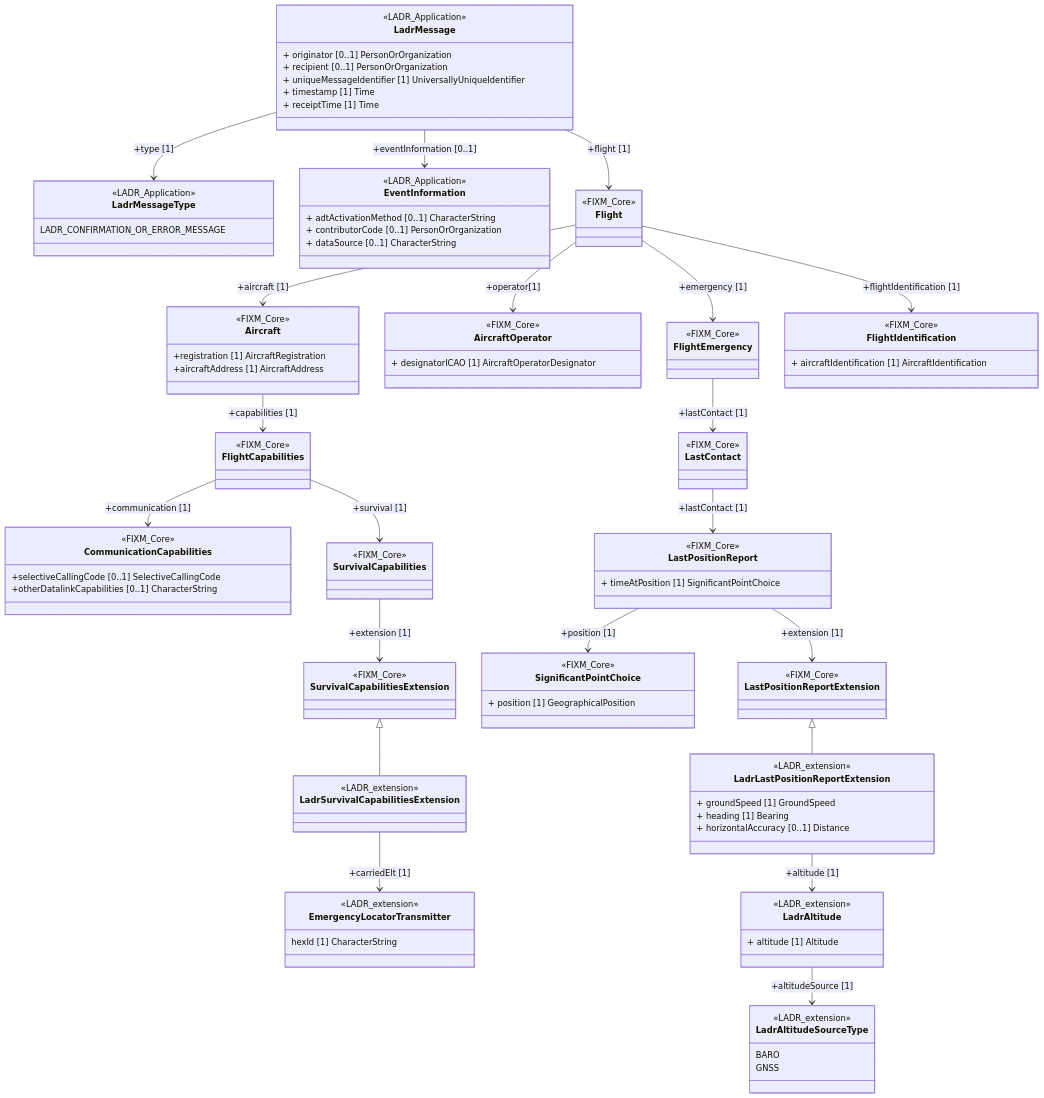
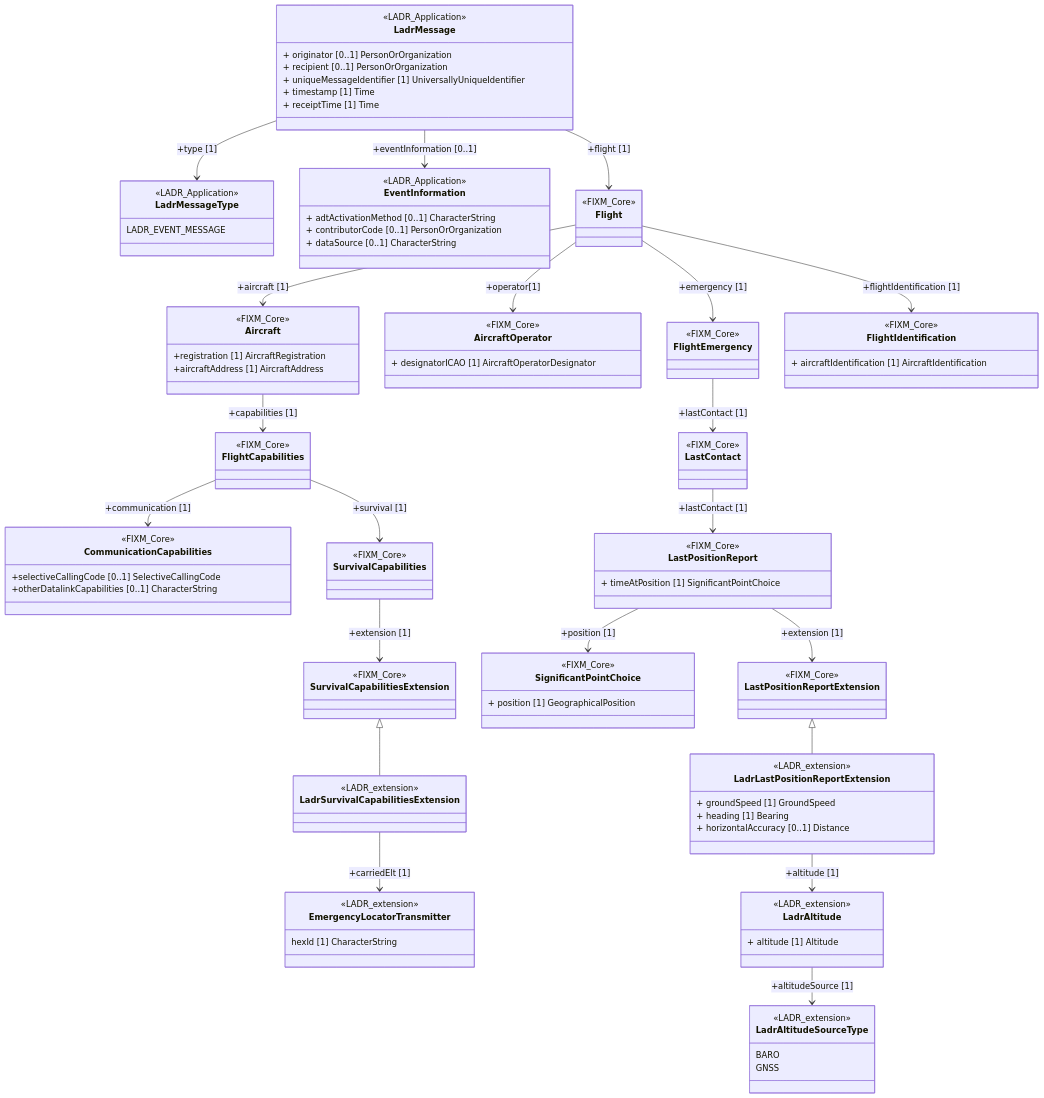
Before and after one commit to hlepori/test_ladr: the diagram in docs/ladr/LADREventMessage.md, drawn with Mermaid. The commit also changed other lines of this file, not shown here.

````diff
--- a/docs/ladr/LADREventMessage.md
+++ b/docs/ladr/LADREventMessage.md
@@ -10,6 +11,6 @@
 ```mermaid
 classDiagram
-
+%% -------------------
 class LadrMessage
 <<LADR_Application>> LadrMessage
 LadrMessage : + originator [0..1] PersonOrOrganization
@@ -17,103 +18,104 @@
 LadrMessage : + uniqueMessageIdentifier [1] UniversallyUniqueIdentifier
 LadrMessage : + timestamp [1] Time
 LadrMessage : + receiptTime [1] Time
-
+%% -------------------
 class LadrMessageType
 <<LADR_Application>> LadrMessageType
-LadrMessageType : LADR_CONFIRMATION_OR_ERROR_MESSAGE
+LadrMessageType : LADR_EVENT_MESSAGE
 LadrMessage --> LadrMessageType : +type [1]
-
+%% -------------------
 class EventInformation
 <<LADR_Application>> EventInformation
 EventInformation : + adtActivationMethod [0..1] CharacterString
 EventInformation : + contributorCode [0..1] PersonOrOrganization
 EventInformation : + dataSource [0..1] CharacterString
 LadrMessage --> EventInformation : +eventInformation [0..1]
-
+%% -------------------
 class Flight
 <<FIXM_Core>> Flight
 LadrMessage --> Flight : +flight [1]
-
+%% -------------------
 class Aircraft
 <<FIXM_Core>> Aircraft
 Aircraft : +registration [1] AircraftRegistration
 Aircraft : +aircraftAddress [1] AircraftAddress
 Flight --> Aircraft : +aircraft [1]
-
+%% -------------------
 class FlightCapabilities
 <<FIXM_Core>> FlightCapabilities
 Aircraft --> FlightCapabilities : +capabilities [1]
-
+%% -------------------
 class CommunicationCapabilities
 <<FIXM_Core>> CommunicationCapabilities
 CommunicationCapabilities : +selectiveCallingCode [0..1] SelectiveCallingCode
 CommunicationCapabilities : +otherDatalinkCapabilities [0..1] CharacterString
 FlightCapabilities --> CommunicationCapabilities : +communication [1]
-
+%% -------------------
 class SurvivalCapabilities
 <<FIXM_Core>> SurvivalCapabilities
 FlightCapabilities --> SurvivalCapabilities : +survival [1]
-
+%% -------------------
 class SurvivalCapabilitiesExtension
 <<FIXM_Core>> SurvivalCapabilitiesExtension
 SurvivalCapabilities --> SurvivalCapabilitiesExtension : +extension [1]
-
+%% -------------------
 class LadrSurvivalCapabilitiesExtension
 <<LADR_extension>> LadrSurvivalCapabilitiesExtension
 SurvivalCapabilitiesExtension <| -- LadrSurvivalCapabilitiesExtension
-
+%% -------------------
 class EmergencyLocatorTransmitter
 <<LADR_extension>> EmergencyLocatorTransmitter
 EmergencyLocatorTransmitter : hexId [1] CharacterString
 LadrSurvivalCapabilitiesExtension --> EmergencyLocatorTransmitter : +carriedElt [1]
-
+%% -------------------
 class AircraftOperator
 <<FIXM_Core>> AircraftOperator
 AircraftOperator : + designatorICAO [1] AircraftOperatorDesignator
 Flight --> AircraftOperator : +operator[1]
-
+%% -------------------
 class FlightEmergency
 <<FIXM_Core>> FlightEmergency
 Flight --> FlightEmergency : +emergency [1]
-
+%% -------------------
 class LastContact
 <<FIXM_Core>> LastContact
 FlightEmergency --> LastContact : +lastContact [1]
-
+%% -------------------
 class LastPositionReport
 <<FIXM_Core>> LastPositionReport
 LastPositionReport : + timeAtPosition [1] SignificantPointChoice
 LastContact --> LastPositionReport : +lastContact [1]
-
+%% -------------------
 class SignificantPointChoice
 <<FIXM_Core>> SignificantPointChoice
 SignificantPointChoice : + position [1] GeographicalPosition
 LastPositionReport --> SignificantPointChoice : +position [1]
-
+%% -------------------
 class LastPositionReportExtension
 <<FIXM_Core>> LastPositionReportExtension
 LastPositionReport --> LastPositionReportExtension : +extension [1]
-
+%% -------------------
 class LadrLastPositionReportExtension
 <<LADR_extension>> LadrLastPositionReportExtension
 LadrLastPositionReportExtension : + groundSpeed [1] GroundSpeed
 LadrLastPositionReportExtension : + heading [1] Bearing
 LadrLastPositionReportExtension : + horizontalAccuracy [0..1] Distance
 LastPositionReportExtension <|-- LadrLastPositionReportExtension
-
+%% -------------------
 class LadrAltitude
 <<LADR_extension>> LadrAltitude
 LadrAltitude : + altitude [1] Altitude
 LadrLastPositionReportExtension --> LadrAltitude : +altitude [1]
-
+%% -------------------
 class LadrAltitudeSourceType
 <<LADR_extension>> LadrAltitudeSourceType
 LadrAltitudeSourceType : BARO
 LadrAltitudeSourceType : GNSS
 LadrAltitude --> LadrAltitudeSourceType : +altitudeSource [1]
-
+%% -------------------
 class FlightIdentification
 <<FIXM_Core>> FlightIdentification
 FlightIdentification : + aircraftIdentification [1] AircraftIdentification
 Flight --> FlightIdentification : +flightIdentification [1]
+%% -------------------
 ```
````
